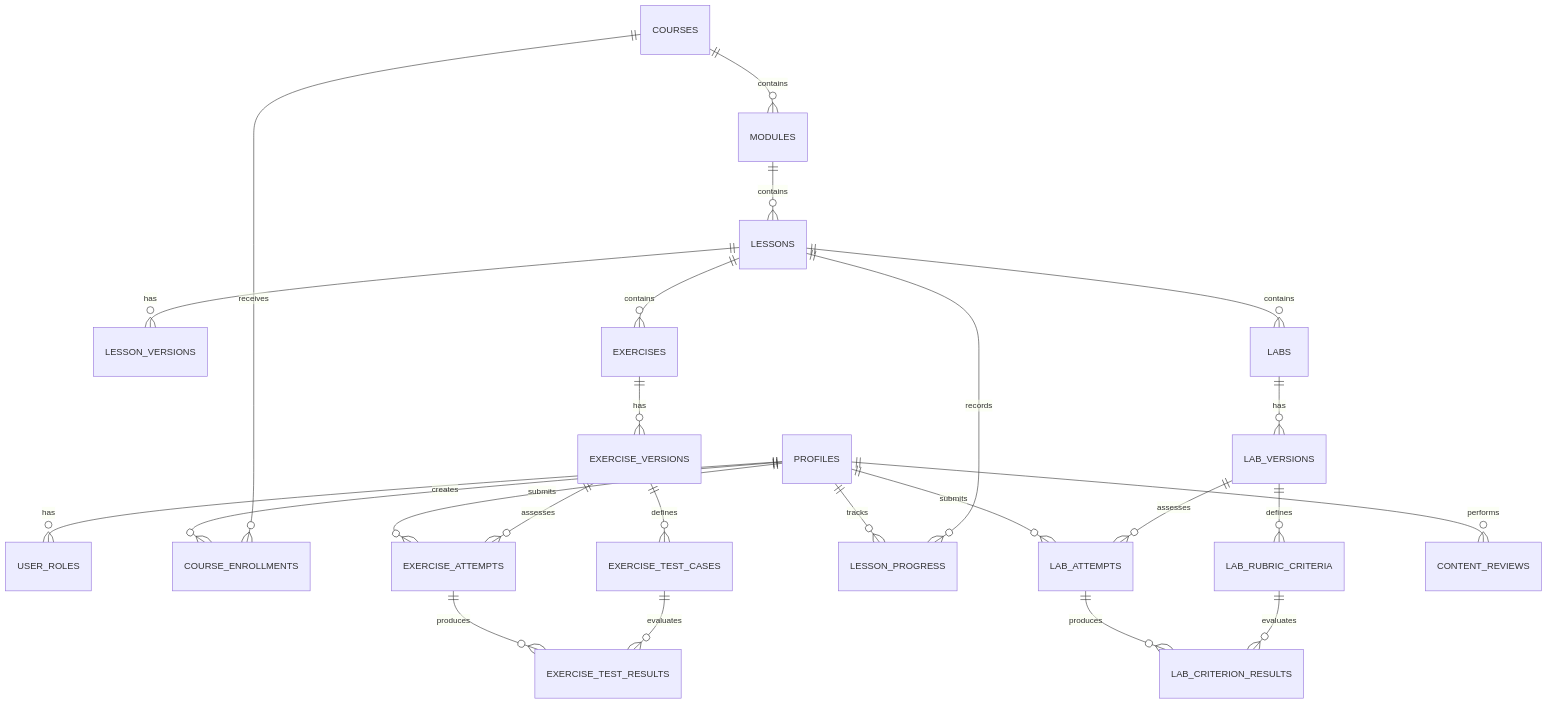
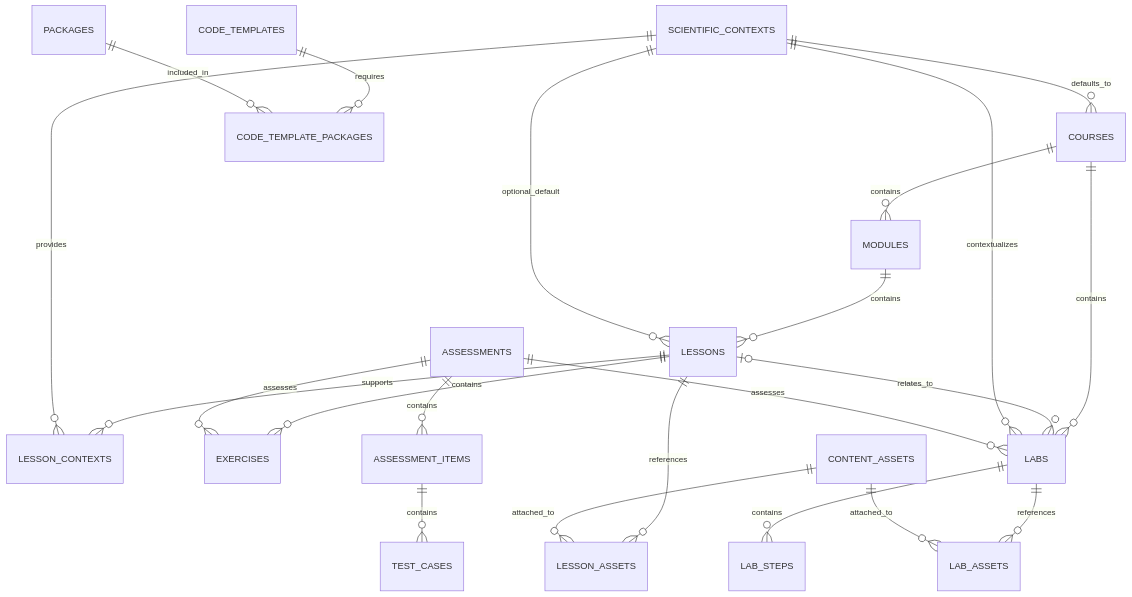
One commit to savino48120/Spascle changed the diagram in project_documentation/database_design.md. Above: the diagram before and after it, drawn with Mermaid. The commit also changed other lines of this file and 2 other files, not shown here.

````diff
--- a/project_documentation/database_design.md
+++ b/project_documentation/database_design.md
@@ -61,26 +608,30 @@
 ```mermaid
 erDiagram
-    PROFILES ||--o{ USER_ROLES : has
-    PROFILES ||--o{ COURSE_ENROLLMENTS : creates
-    COURSES ||--o{ COURSE_ENROLLMENTS : receives
+    SCIENTIFIC_CONTEXTS ||--o{ COURSES : defaults_to
     COURSES ||--o{ MODULES : contains
     MODULES ||--o{ LESSONS : contains
-    LESSONS ||--o{ LESSON_VERSIONS : has
+
+    SCIENTIFIC_CONTEXTS ||--o{ LESSONS : optional_default
+    LESSONS ||--o{ LESSON_CONTEXTS : supports
+    SCIENTIFIC_CONTEXTS ||--o{ LESSON_CONTEXTS : provides
+
     LESSONS ||--o{ EXERCISES : contains
-    EXERCISES ||--o{ EXERCISE_VERSIONS : has
-    EXERCISE_VERSIONS ||--o{ EXERCISE_TEST_CASES : defines
-    LESSONS ||--o{ LABS : contains
-    LABS ||--o{ LAB_VERSIONS : has
-    LAB_VERSIONS ||--o{ LAB_RUBRIC_CRITERIA : defines
-    PROFILES ||--o{ LESSON_PROGRESS : tracks
-    LESSONS ||--o{ LESSON_PROGRESS : records
-    PROFILES ||--o{ EXERCISE_ATTEMPTS : submits
-    EXERCISE_VERSIONS ||--o{ EXERCISE_ATTEMPTS : assesses
-    EXERCISE_ATTEMPTS ||--o{ EXERCISE_TEST_RESULTS : produces
-    EXERCISE_TEST_CASES ||--o{ EXERCISE_TEST_RESULTS : evaluates
-    PROFILES ||--o{ LAB_ATTEMPTS : submits
-    LAB_VERSIONS ||--o{ LAB_ATTEMPTS : assesses
-    LAB_ATTEMPTS ||--o{ LAB_CRITERION_RESULTS : produces
-    LAB_RUBRIC_CRITERIA ||--o{ LAB_CRITERION_RESULTS : evaluates
-    PROFILES ||--o{ CONTENT_REVIEWS : performs
+    ASSESSMENTS ||--o{ ASSESSMENT_ITEMS : contains
+    ASSESSMENT_ITEMS ||--o{ TEST_CASES : contains
+    ASSESSMENTS ||--o{ EXERCISES : assesses
+
+    COURSES ||--o{ LABS : contains
+    LESSONS o|--o{ LABS : relates_to
+    SCIENTIFIC_CONTEXTS ||--o{ LABS : contextualizes
+    LABS ||--o{ LAB_STEPS : contains
+    ASSESSMENTS ||--o{ LABS : assesses
+
+    CODE_TEMPLATES ||--o{ CODE_TEMPLATE_PACKAGES : requires
+    PACKAGES ||--o{ CODE_TEMPLATE_PACKAGES : included_in
+
+    LESSONS ||--o{ LESSON_ASSETS : references
+    CONTENT_ASSETS ||--o{ LESSON_ASSETS : attached_to
+
+    LABS ||--o{ LAB_ASSETS : references
+    CONTENT_ASSETS ||--o{ LAB_ASSETS : attached_to
 ```
````
